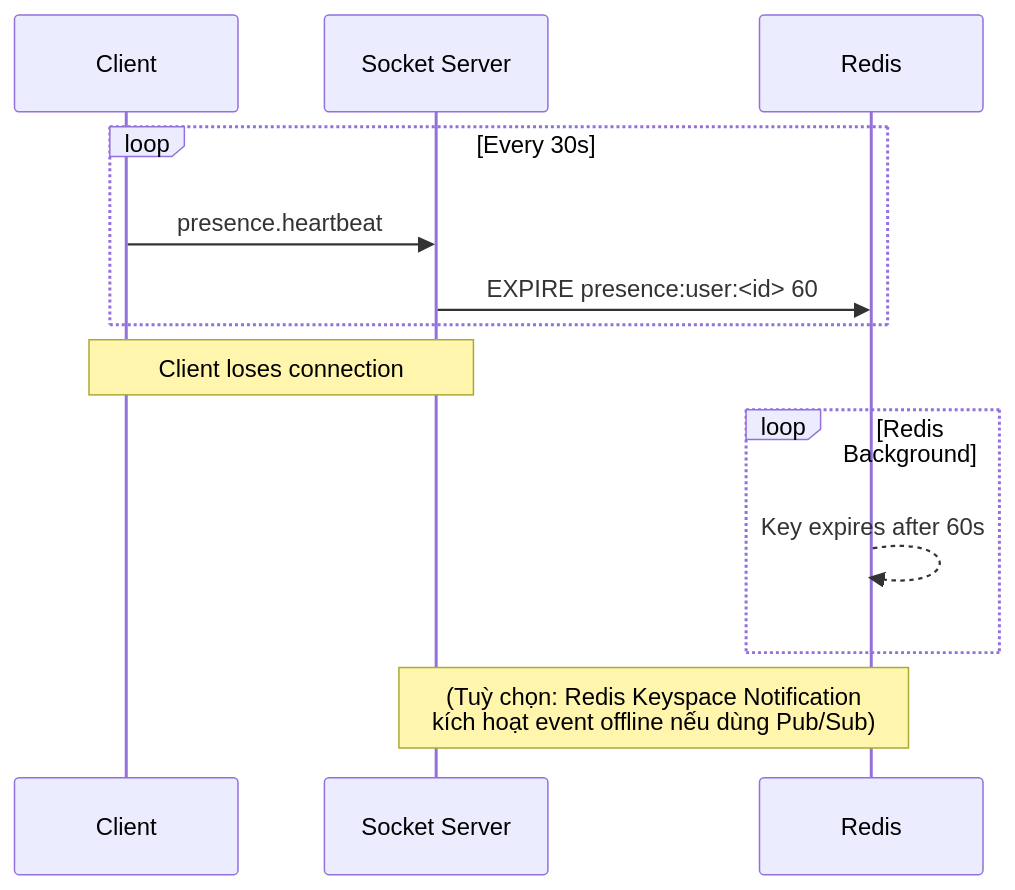
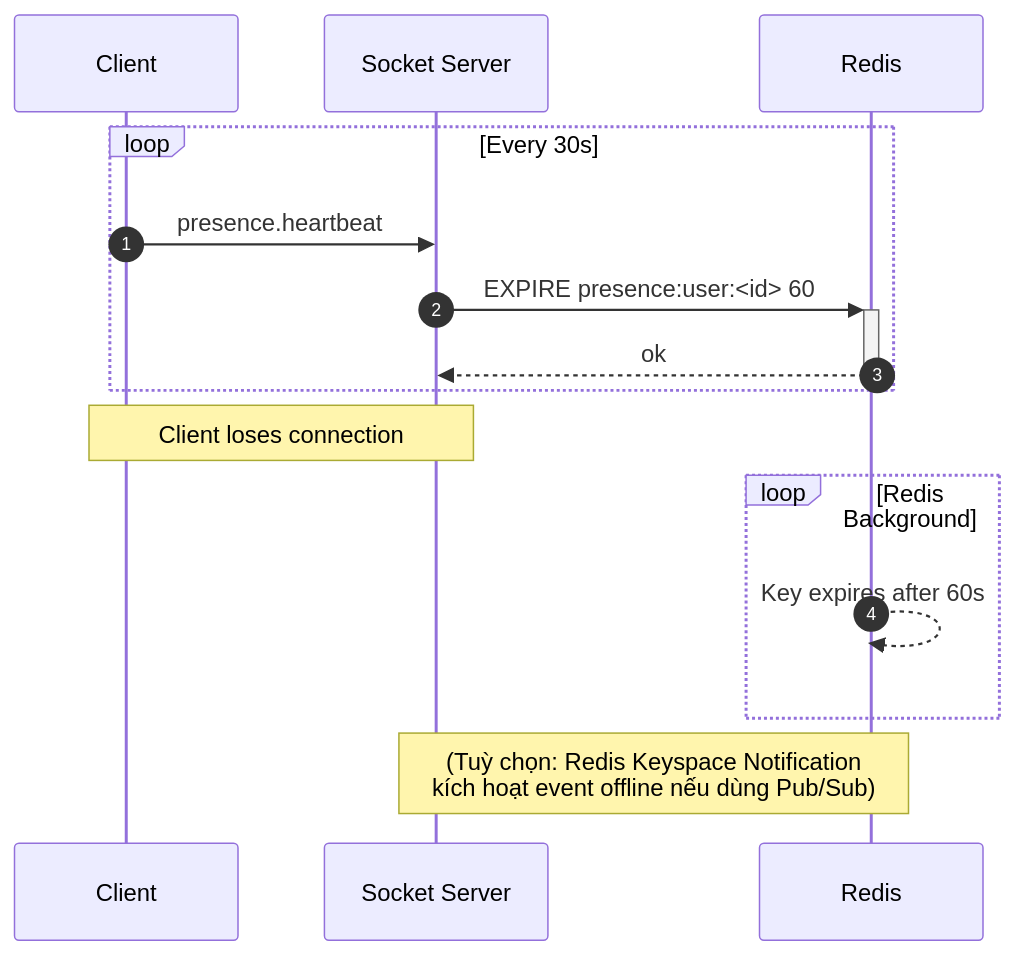
The second of 3 diagrams in docs/presence.md (dinhhoang235/Chat-App), drawn with Mermaid before and after one commit. The commit also changed other lines of this file and 12 other files, not shown here.

Commit message:
docs: enhance sequence diagrams with detailed notes for various features

````diff
--- a/docs/presence.md
+++ b/docs/presence.md
@@ -42,17 +47,19 @@
 ```mermaid
 sequenceDiagram
+  autonumber
   participant C as Client
   participant WS as Socket Server
   participant R as Redis
   
   loop Every 30s
     C->>WS: presence.heartbeat
-    WS->>R: EXPIRE presence:user:<id> 60
+    WS->>+R: EXPIRE presence:user:<id> 60
+    R-->>-WS: ok
   end
   
   Note over C, WS: Client loses connection
   loop Redis Background
     R-->>R: Key expires after 60s
   end
   Note over WS, R: (Tuỳ chọn: Redis Keyspace Notification<br/>kích hoạt event offline nếu dùng Pub/Sub)
 ```
````
